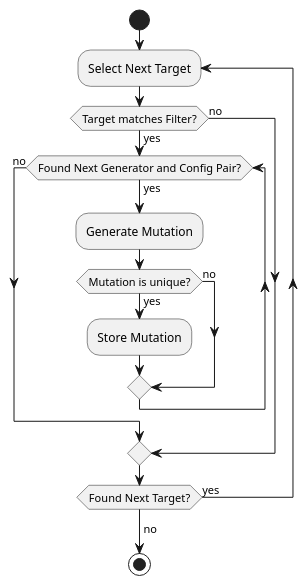
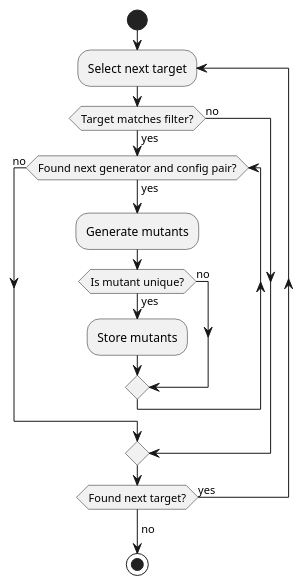
Before and after one commit to robert-oleynik/AI4SE-Mutation-Testing: the diagram in diagrams/generate.puml, drawn with PlantUML. The commit also changed 1 other file, not shown here.

Commit message:
chore: mutant instead of mutation

```diff
--- a/diagrams/generate.puml
+++ b/diagrams/generate.puml
@@ -1,17 +1,17 @@
 @startuml
 start
-repeat :Select Next Target;
-	if (Target matches Filter?) then (yes)
-		while (Found Next Generator and Config Pair?) is (yes)
-			:Generate Mutation;
-			if (Mutation is unique?) then (yes)
-				:Store Mutation;
+repeat :Select next target;
+	if (Target matches filter?) then (yes)
+		while (Found next generator and config pair?) is (yes)
+			:Generate mutants;
+			if (Is mutant unique?) then (yes)
+				:Store mutants;
 			else (no)
 			endif
 		endwhile(no)
 	else (no)
 	endif
-repeat while (Found Next Target?) is (yes)
+repeat while (Found next target?) is (yes)
 ->no;
 stop
 @enduml
```
